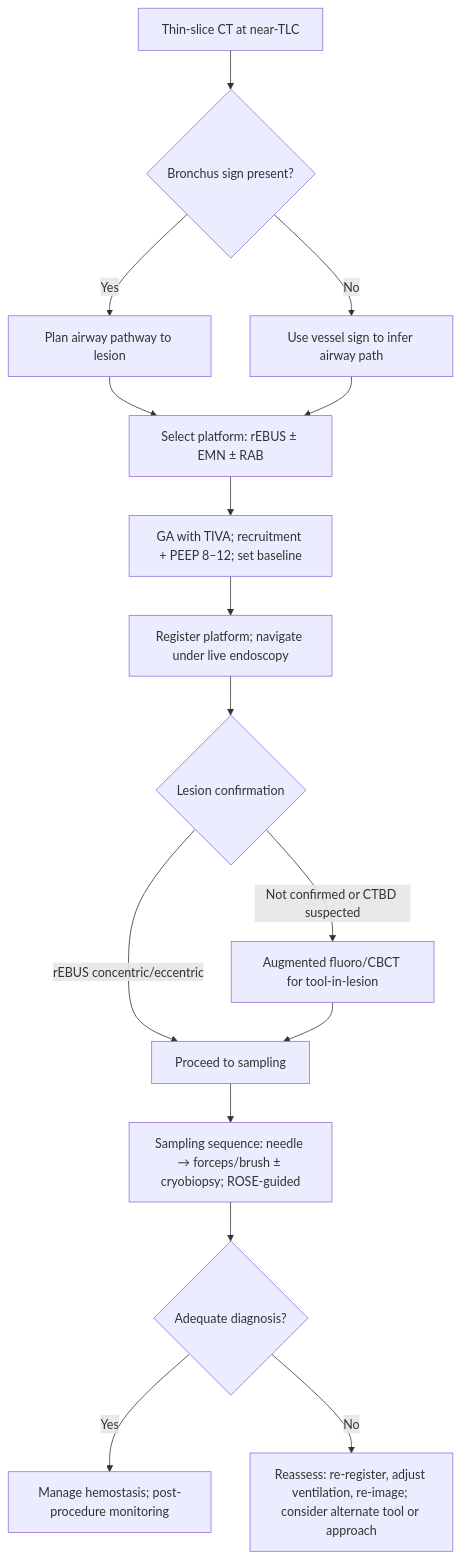
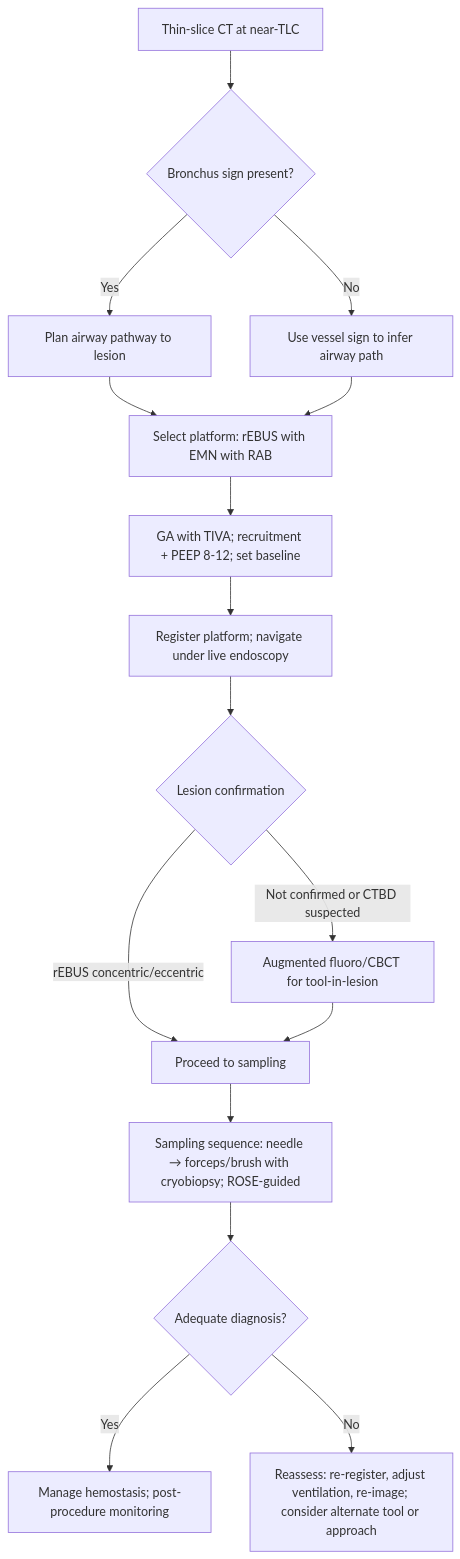
The first of 2 diagrams in content/modules/board/advanced-peripheral-bronchoscopy-radial-probe-electromagnetic-navigation-and-robotic-bronchoscopy.mdx (russellmiller49/Interventional-Pulm-Education-Project), drawn with Mermaid before and after one commit. The commit also changed other lines of this file and 23 other files, not shown here.

````diff
--- a/content/modules/board/advanced-peripheral-bronchoscopy-radial-probe-electromagnetic-navigation-and-robotic-bronchoscopy.mdx
+++ b/content/modules/board/advanced-peripheral-bronchoscopy-radial-probe-electromagnetic-navigation-and-robotic-bronchoscopy.mdx
@@ -168,18 +168,18 @@
 ```mermaid
 flowchart TD
 A[Thin-slice CT at near-TLC] --> B{Bronchus sign present?}
 B -- Yes --> C[Plan airway pathway to lesion]
 B -- No --> D[Use vessel sign to infer airway path]
-C --> E[Select platform: rEBUS ± EMN ± RAB]
+C --> E[Select platform: rEBUS with EMN with RAB]
 D --> E
-E --> F[GA with TIVA; recruitment + PEEP 8–12; set baseline]
+E --> F[GA with TIVA; recruitment + PEEP 8-12; set baseline]
 F --> G[Register platform; navigate under live endoscopy]
 G --> H{Lesion confirmation}
 H -- rEBUS concentric/eccentric --> I[Proceed to sampling]
 H -- Not confirmed or CTBD suspected --> J[Augmented fluoro/CBCT for tool-in-lesion]
 J --> I
-I --> K[Sampling sequence: needle → forceps/brush ± cryobiopsy; ROSE-guided]
+I --> K[Sampling sequence: needle → forceps/brush with cryobiopsy; ROSE-guided]
 K --> L{Adequate diagnosis?}
 L -- Yes --> M[Manage hemostasis; post-procedure monitoring]
 L -- No --> N[Reassess: re-register, adjust ventilation, re-image; consider alternate tool or approach]
 ```
````
